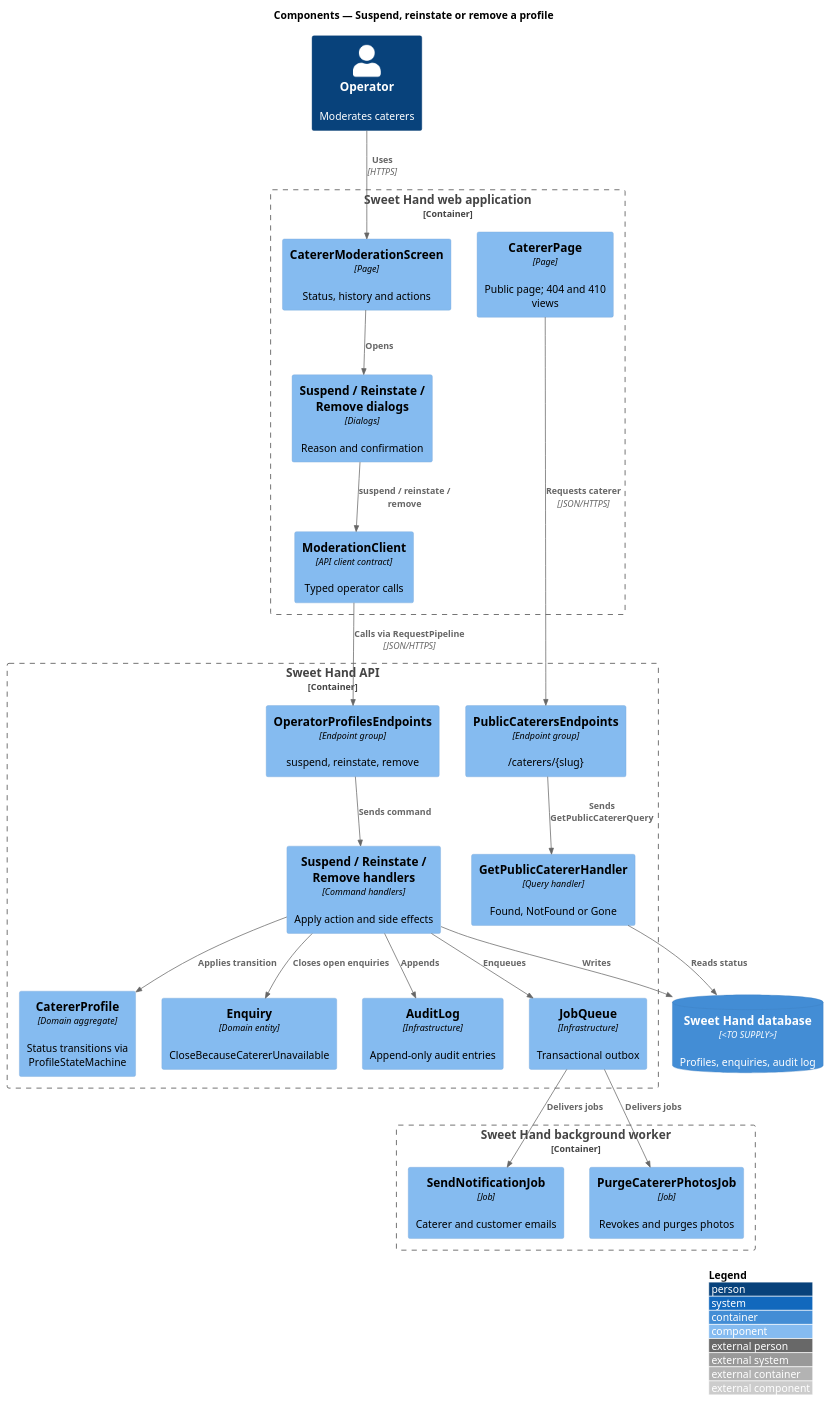
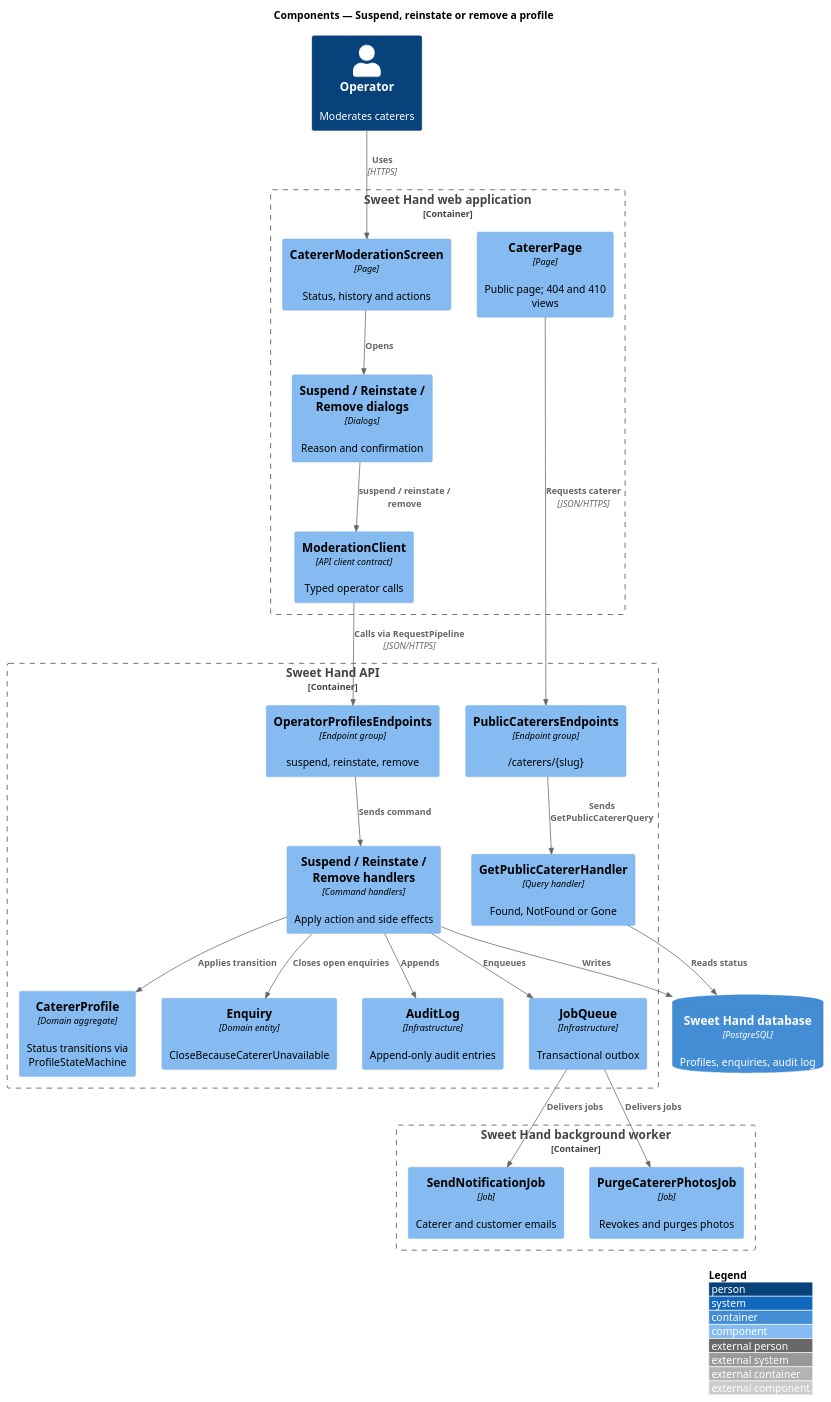
The diagram in docs/detailed-designs/moderation/suspend-reinstate-remove-profile/diagrams/c4-component.puml (QuinntyneBrown/sweet-hand), drawn with PlantUML before and after one commit. The commit also changed 44 other files, not shown here.

```diff
--- a/docs/detailed-designs/moderation/suspend-reinstate-remove-profile/diagrams/c4-component.puml
+++ b/docs/detailed-designs/moderation/suspend-reinstate-remove-profile/diagrams/c4-component.puml
@@ -1,44 +1,44 @@
 @startuml
 !include <C4/C4_Component>
 LAYOUT_WITH_LEGEND()
 title Components — Suspend, reinstate or remove a profile
 
 Person(operator, "Operator", "Moderates caterers")
 Container_Boundary(web, "Sweet Hand web application") {
   Component(screen, "CatererModerationScreen", "Page", "Status, history and actions")
   Component(dialogs, "Suspend / Reinstate / Remove dialogs", "Dialogs", "Reason and confirmation")
   Component(client, "ModerationClient", "API client contract", "Typed operator calls")
   Component(catererPage, "CatererPage", "Page", "Public page; 404 and 410 views")
 }
 Container_Boundary(api, "Sweet Hand API") {
   Component(opEndpoints, "OperatorProfilesEndpoints", "Endpoint group", "suspend, reinstate, remove")
   Component(pubEndpoints, "PublicCaterersEndpoints", "Endpoint group", "/caterers/{slug}")
   Component(handlers, "Suspend / Reinstate / Remove handlers", "Command handlers", "Apply action and side effects")
   Component(pubHandler, "GetPublicCatererHandler", "Query handler", "Found, NotFound or Gone")
   Component(profile, "CatererProfile", "Domain aggregate", "Status transitions via ProfileStateMachine")
   Component(enquiry, "Enquiry", "Domain entity", "CloseBecauseCatererUnavailable")
   Component(audit, "AuditLog", "Infrastructure", "Append-only audit entries")
   Component(jobs, "JobQueue", "Infrastructure", "Transactional outbox")
 }
 Container_Boundary(worker, "Sweet Hand background worker") {
   Component(notify, "SendNotificationJob", "Job", "Caterer and customer emails")
   Component(purge, "PurgeCatererPhotosJob", "Job", "Revokes and purges photos")
 }
-ContainerDb(db, "Sweet Hand database", "<TO SUPPLY>", "Profiles, enquiries, audit log")
+ContainerDb(db, "Sweet Hand database", "PostgreSQL", "Profiles, enquiries, audit log")
 
 Rel(operator, screen, "Uses", "HTTPS")
 Rel(screen, dialogs, "Opens")
 Rel(dialogs, client, "suspend / reinstate / remove")
 Rel(client, opEndpoints, "Calls via RequestPipeline", "JSON/HTTPS")
 Rel(opEndpoints, handlers, "Sends command")
 Rel(handlers, profile, "Applies transition")
 Rel(handlers, enquiry, "Closes open enquiries")
 Rel(handlers, audit, "Appends")
 Rel(handlers, jobs, "Enqueues")
 Rel(catererPage, pubEndpoints, "Requests caterer", "JSON/HTTPS")
 Rel(pubEndpoints, pubHandler, "Sends GetPublicCatererQuery")
 Rel(pubHandler, db, "Reads status")
 Rel(handlers, db, "Writes")
 Rel(jobs, notify, "Delivers jobs")
 Rel(jobs, purge, "Delivers jobs")
 @enduml
```
